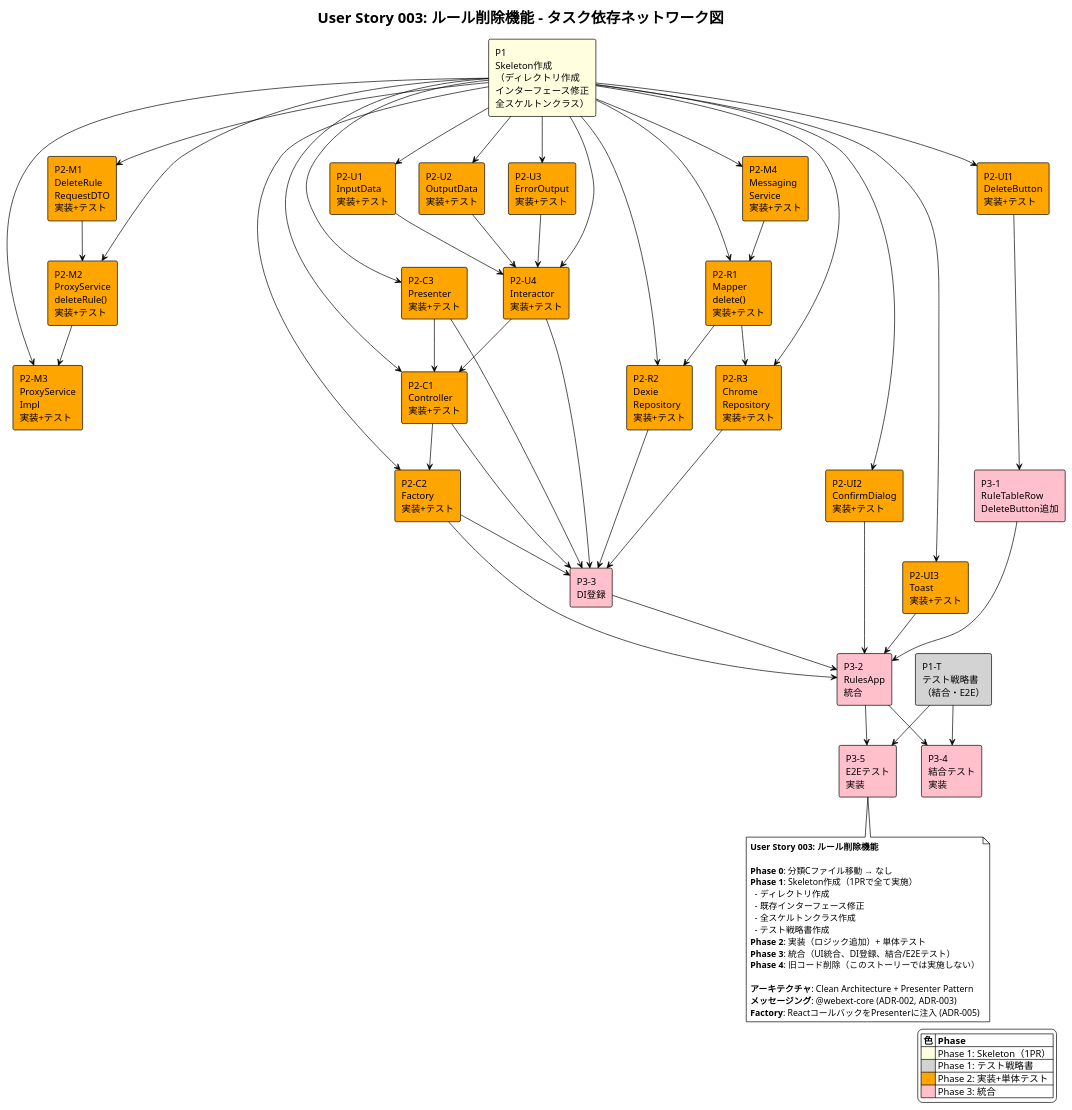
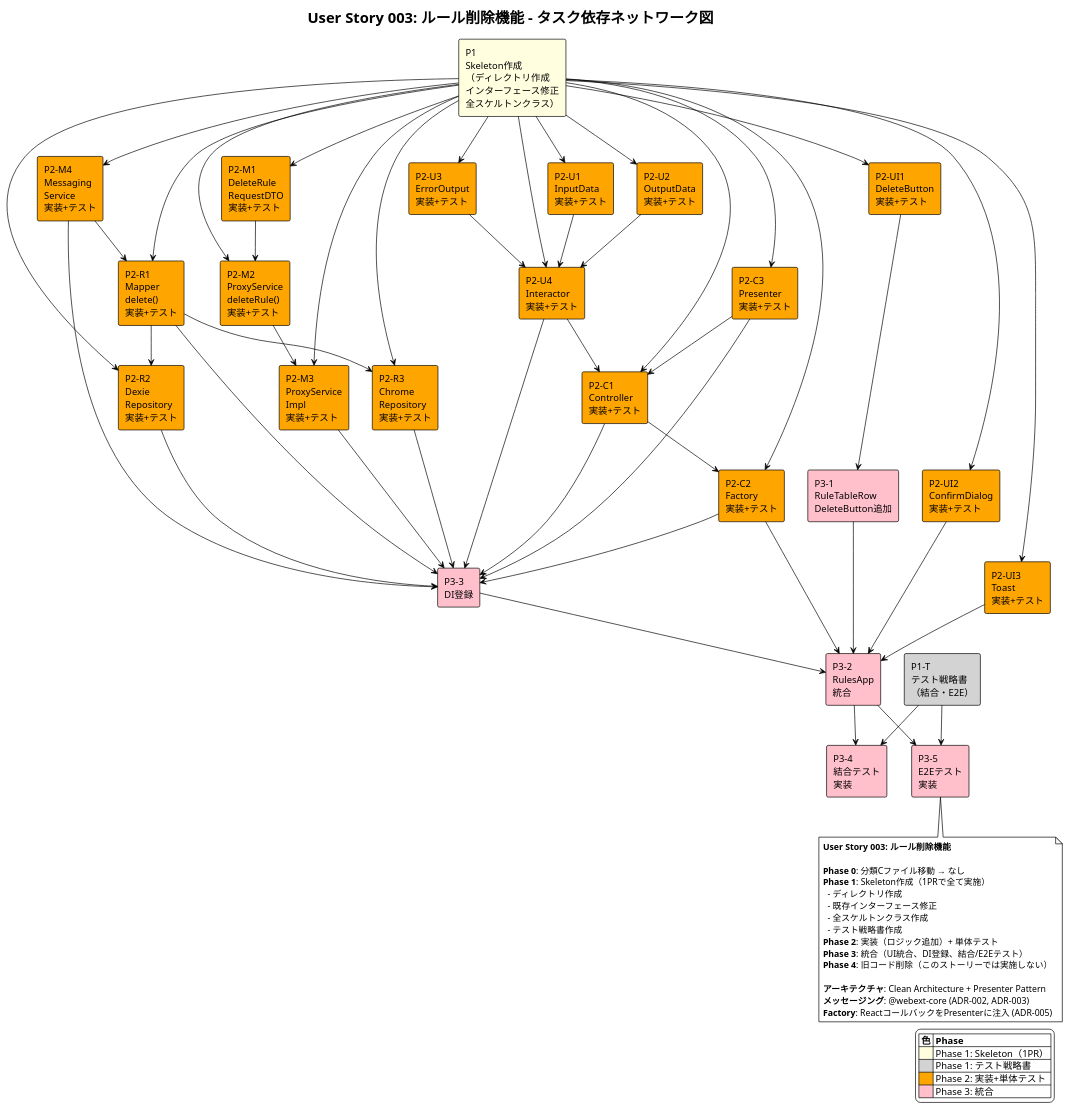
One commit to akAredminEogre/frog-frame-front changed the diagram in docs/user-stories/user-story-003/network-diagram.puml. Above: the diagram before and after it, drawn with PlantUML.

Commit message:
docs: add missing DI registration dependencies to network diagram
Add dependencies from Phase 2 components to Phase 3 DI registration:
- P2-M3 (ProxyServiceImpl) → diReg
- P2-M4 (MessagingService) → diReg
- P2-R1 (Mapper) → diReg

```diff
--- a/docs/user-stories/user-story-003/network-diagram.puml
+++ b/docs/user-stories/user-story-003/network-diagram.puml
@@ -1,124 +1,127 @@
 @startuml user-story-003-network-diagram
 !theme plain
 title User Story 003: ルール削除機能 - タスク依存ネットワーク図
 
 ' Phase 1: Skeleton（1つのPRで全て実施）
 rectangle "P1\nSkeleton作成\n（ディレクトリ作成\nインターフェース修正\n全スケルトンクラス）" as phase1Skeleton #lightyellow
 
 ' Phase 1: テスト戦略書
 rectangle "P1-T\nテスト戦略書\n（結合・E2E）" as testStrategy #lightgray
 
 ' Phase 2: 実装 - メッセージング
 rectangle "P2-M1\nDeleteRule\nRequestDTO\n実装+テスト" as requestDtoImpl #orange
 rectangle "P2-M2\nProxyService\ndeleteRule()\n実装+テスト" as proxyImpl #orange
 rectangle "P2-M3\nProxyService\nImpl\n実装+テスト" as proxyImplImpl #orange
 rectangle "P2-M4\nMessaging\nService\n実装+テスト" as msgImpl #orange
 
 ' Phase 2: 実装 - Mapper/Repository
 rectangle "P2-R1\nMapper\ndelete()\n実装+テスト" as mapperImpl #orange
 rectangle "P2-R2\nDexie\nRepository\n実装+テスト" as dexieImpl #orange
 rectangle "P2-R3\nChrome\nRepository\n実装+テスト" as chromeImpl #orange
 
 ' Phase 2: 実装 - UseCase
 rectangle "P2-U1\nInputData\n実装+テスト" as inputImpl #orange
 rectangle "P2-U2\nOutputData\n実装+テスト" as outputImpl #orange
 rectangle "P2-U3\nErrorOutput\n実装+テスト" as errorImpl #orange
 rectangle "P2-U4\nInteractor\n実装+テスト" as interactorImpl #orange
 
 ' Phase 2: 実装 - Controller/Presenter
 rectangle "P2-C1\nController\n実装+テスト" as controllerImpl #orange
 rectangle "P2-C2\nFactory\n実装+テスト" as factoryImpl #orange
 rectangle "P2-C3\nPresenter\n実装+テスト" as presenterImpl #orange
 
 ' Phase 2: 実装 - UI
 rectangle "P2-UI1\nDeleteButton\n実装+テスト" as deleteBtnImpl #orange
 rectangle "P2-UI2\nConfirmDialog\n実装+テスト" as confirmImpl #orange
 rectangle "P2-UI3\nToast\n実装+テスト" as toastImpl #orange
 
 ' Phase 3: 統合
 rectangle "P3-1\nRuleTableRow\nDeleteButton追加" as tableRowInteg #pink
 rectangle "P3-2\nRulesApp\n統合" as rulesAppInteg #pink
 rectangle "P3-3\nDI登録" as diReg #pink
 rectangle "P3-4\n結合テスト\n実装" as integrationTest #pink
 rectangle "P3-5\nE2Eテスト\n実装" as e2eTest #pink
 
 ' 依存関係: Phase 1 → Phase 2
 phase1Skeleton --> requestDtoImpl
 phase1Skeleton --> proxyImpl
 phase1Skeleton --> proxyImplImpl
 phase1Skeleton --> msgImpl
 phase1Skeleton --> mapperImpl
 phase1Skeleton --> dexieImpl
 phase1Skeleton --> chromeImpl
 phase1Skeleton --> inputImpl
 phase1Skeleton --> outputImpl
 phase1Skeleton --> errorImpl
 phase1Skeleton --> interactorImpl
 phase1Skeleton --> controllerImpl
 phase1Skeleton --> factoryImpl
 phase1Skeleton --> presenterImpl
 phase1Skeleton --> deleteBtnImpl
 phase1Skeleton --> confirmImpl
 phase1Skeleton --> toastImpl
 
 ' 依存関係: Phase 2 内部
 requestDtoImpl --> proxyImpl
 proxyImpl --> proxyImplImpl
 msgImpl --> mapperImpl
 mapperImpl --> dexieImpl
 mapperImpl --> chromeImpl
 inputImpl --> interactorImpl
 outputImpl --> interactorImpl
 errorImpl --> interactorImpl
 interactorImpl --> controllerImpl
 presenterImpl --> controllerImpl
 controllerImpl --> factoryImpl
 
 ' 依存関係: Phase 2 → Phase 3
 deleteBtnImpl --> tableRowInteg
 tableRowInteg --> rulesAppInteg
 confirmImpl --> rulesAppInteg
 toastImpl --> rulesAppInteg
 factoryImpl --> rulesAppInteg
 controllerImpl --> diReg
 presenterImpl --> diReg
 factoryImpl --> diReg
 interactorImpl --> diReg
+proxyImplImpl --> diReg
+msgImpl --> diReg
+mapperImpl --> diReg
 dexieImpl --> diReg
 chromeImpl --> diReg
 diReg --> rulesAppInteg
 
 ' 依存関係: テスト
 testStrategy --> integrationTest
 testStrategy --> e2eTest
 rulesAppInteg --> integrationTest
 rulesAppInteg --> e2eTest
 
 ' 凡例
 legend right
   |= 色 |= Phase |
   | <#lightyellow> | Phase 1: Skeleton（1PR） |
   | <#lightgray> | Phase 1: テスト戦略書 |
   | <#orange> | Phase 2: 実装+単体テスト |
   | <#pink> | Phase 3: 統合 |
 endlegend
 
 note bottom
 **User Story 003: ルール削除機能**
 
 **Phase 0**: 分類Cファイル移動 → なし
 **Phase 1**: Skeleton作成（1PRで全て実施）
   - ディレクトリ作成
   - 既存インターフェース修正
   - 全スケルトンクラス作成
   - テスト戦略書作成
 **Phase 2**: 実装（ロジック追加）+ 単体テスト
 **Phase 3**: 統合（UI統合、DI登録、結合/E2Eテスト）
 **Phase 4**: 旧コード削除（このストーリーでは実施しない）
 
 **アーキテクチャ**: Clean Architecture + Presenter Pattern
 **メッセージング**: @webext-core (ADR-002, ADR-003)
 **Factory**: ReactコールバックをPresenterに注入 (ADR-005)
 end note
 
 @enduml
```
